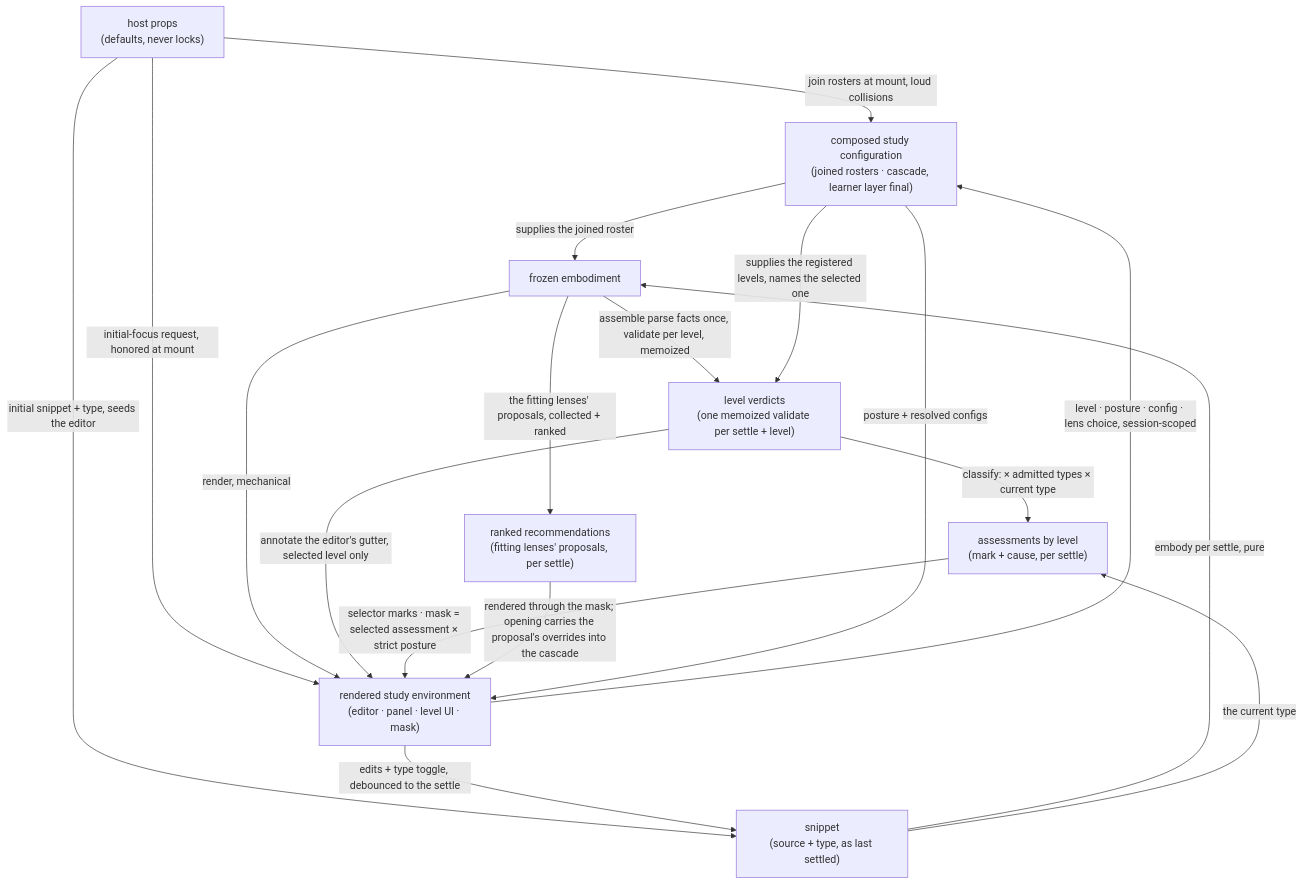
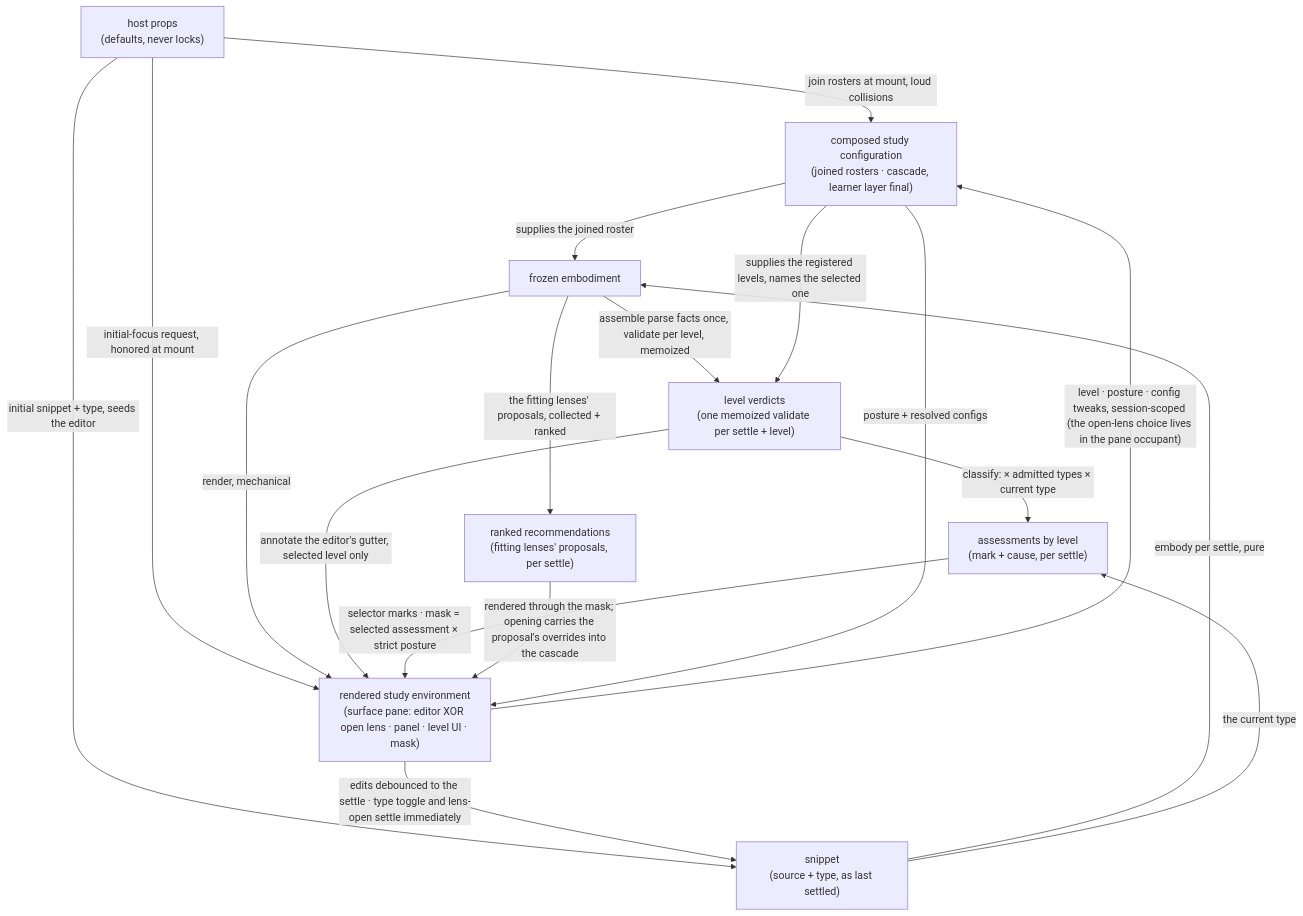
The first of 2 diagrams in src/lib/study-lenses/orchestrate/DOCS.md (codeschoolinabox/curricula), drawn with Mermaid before and after one commit. The commit also changed other lines of this file and 9 other files, not shown here.

````diff
--- a/src/lib/study-lenses/orchestrate/DOCS.md
+++ b/src/lib/study-lenses/orchestrate/DOCS.md
@@ -55,28 +59,28 @@
 ```mermaid
 flowchart TD
     PROPS["host props<br/>(defaults, never locks)"]
     CFG["composed study configuration<br/>(joined rosters · cascade, learner layer final)"]
     SNP["snippet<br/>(source + type, as last settled)"]
     EMB["frozen embodiment"]
     VER["level verdicts<br/>(one memoized validate per settle + level)"]
     MARKS["assessments by level<br/>(mark + cause, per settle)"]
     RECS["ranked recommendations<br/>(fitting lenses' proposals, per settle)"]
-    SUR["rendered study environment<br/>(editor · panel · level UI · mask)"]
+    SUR["rendered study environment<br/>(surface pane: editor XOR open lens · panel · level UI · mask)"]
     PROPS -->|"join rosters at mount, loud collisions"| CFG
     PROPS -->|"initial snippet + type, seeds the editor"| SNP
     PROPS -->|"initial-focus request, honored at mount"| SUR
     SNP -->|"embody per settle, pure"| EMB
     CFG -->|"supplies the joined roster"| EMB
     EMB -->|"assemble parse facts once, validate per level, memoized"| VER
     CFG -->|"supplies the registered levels, names the selected one"| VER
     VER -->|"classify: × admitted types × current type"| MARKS
     SNP -->|"the current type"| MARKS
     EMB -->|"render, mechanical"| SUR
     VER -->|"annotate the editor's gutter, selected level only"| SUR
     MARKS -->|"selector marks · mask = selected assessment × strict posture"| SUR
     EMB -->|"the fitting lenses' proposals, collected + ranked"| RECS
     RECS -->|"rendered through the mask; opening carries the proposal's overrides into the cascade"| SUR
     CFG -->|"posture + resolved configs"| SUR
-    SUR -->|"edits + type toggle, debounced to the settle"| SNP
-    SUR -->|"level · posture · config · lens choice, session-scoped"| CFG
+    SUR -->|"edits debounced to the settle · type toggle and lens-open settle immediately"| SNP
+    SUR -->|"level · posture · config tweaks, session-scoped (the open-lens choice lives in the pane occupant)"| CFG
 ```
````
